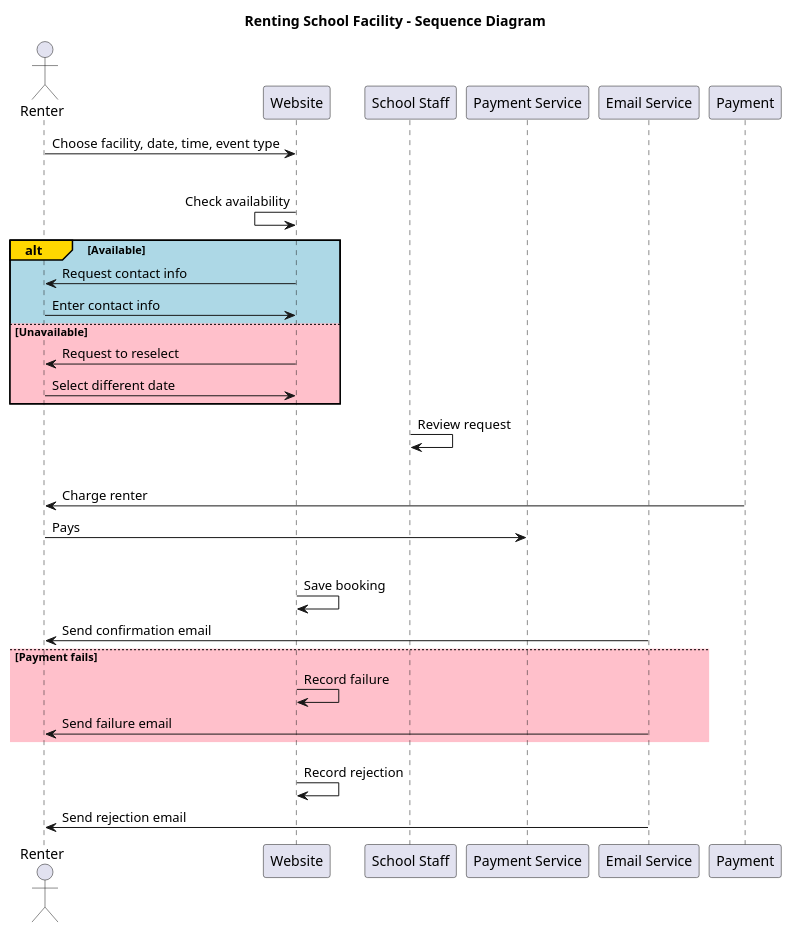
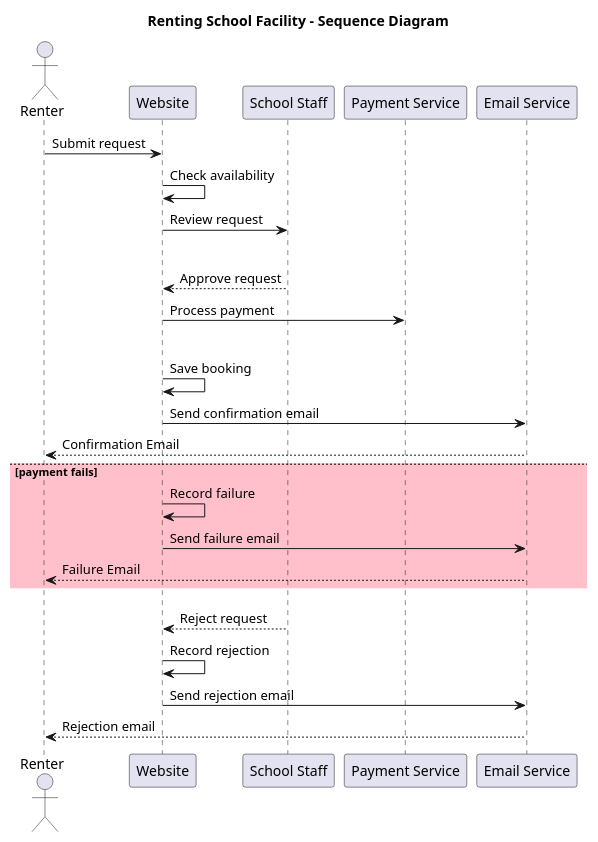
One commit to gummiebearz/CS_3560-Homework_Six changed the diagram in src/sequence_diagram.puml. Above: the diagram before and after it, drawn with PlantUML.

Commit message:
Revised diagram with alt-blocks

```diff
--- a/src/sequence_diagram.puml
+++ b/src/sequence_diagram.puml
@@ -1,35 +1,31 @@
 @startuml
 title Renting School Facility - Sequence Diagram
 
 actor Renter
 participant Website as Website
 participant "School Staff" as Staff
 participant "Payment Service" as Pay
 participant "Email Service" as Email
 
-Renter -> Website: Choose facility, date, time, event type
-loop
-Website <- Website: Check availability
-alt#Gold #LightBlue Available
-    Website -> Renter: Request contact info
-    Renter -> Website: Enter contact info
-else #Pink Unavailable
-    Website -> Renter: Request to reselect
-    Renter -> Website: Select different date
-end loop
+Renter -> Website: Submit request
+Website -> Website: Check availability
+Website -> Staff: Review request
 
-Staff -> Staff: Review request
-alt#Gold #LightBlue Approved
-    Payment -> Renter: Charge renter
-    Renter -> Pay: Pays
-    alt#Gold #LightBlue Payment succeeds
+alt#Gold #LightBlue approved
+    Staff --> Website: Approve request
+    Website -> Pay: Process payment
+    alt#Gold #LightBlue payment succeeds
         Website -> Website: Save booking
-        Email -> Renter: Send confirmation email
-    else #Pink Payment fails
+        Website -> Email: Send confirmation email
+        Email --> Renter: Confirmation Email
+    else #Pink payment fails
         Website -> Website: Record failure
-        Email -> Renter: Send failure email
-else #Pink Rejected
+        Website -> Email: Send failure email
+        Email --> Renter: Failure Email
+else #Pink rejected
+    Staff --> Website: Reject request
     Website -> Website: Record rejection
-    Email -> Renter: Send rejection email
+    Website -> Email: Send rejection email
+    Email --> Renter: Rejection email
 
 @enduml
```
